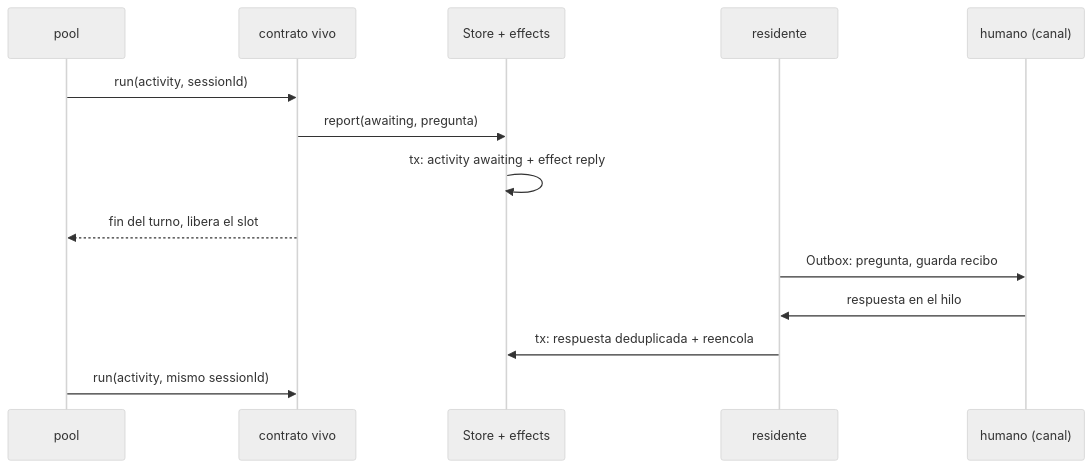
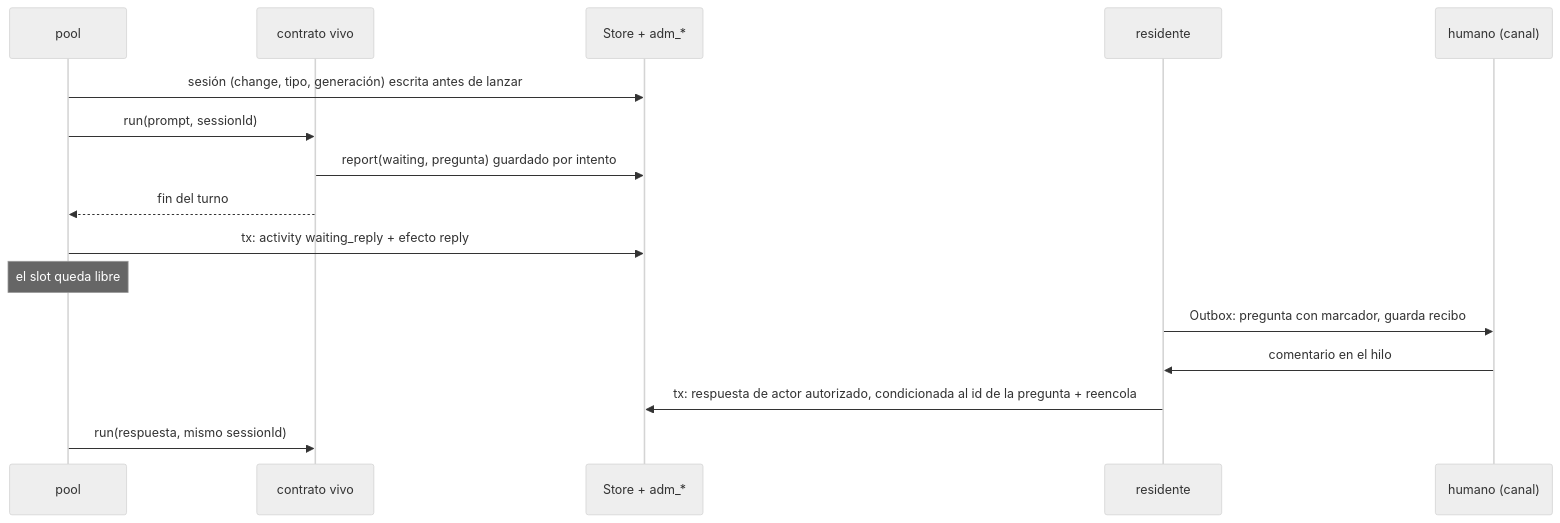
The third of 3 diagrams in techdocs/docs/investigacion/inspiracion/06-integracion-superagent-fab.md (DarkCodePE/sw-factory), drawn with Mermaid (neutral theme) before and after one commit. The commit also changed other lines of this file and 16 other files, not shown here.

````diff
--- a/techdocs/docs/investigacion/inspiracion/06-integracion-superagent-fab.md
+++ b/techdocs/docs/investigacion/inspiracion/06-integracion-superagent-fab.md
@@ -133,16 +154,18 @@
 ```mermaid
 sequenceDiagram
     participant P as pool
     participant B as contrato vivo
-    participant S as Store + effects
+    participant S as Store + adm_*
     participant R as residente
     participant H as humano (canal)
-    P->>B: run(activity, sessionId)
-    B->>S: report(awaiting, pregunta)
-    S->>S: tx: activity awaiting + effect reply
-    B-->>P: fin del turno, libera el slot
-    R->>H: Outbox: pregunta, guarda recibo
-    H->>R: respuesta en el hilo
-    R->>S: tx: respuesta deduplicada + reencola
-    P->>B: run(activity, mismo sessionId)
+    P->>S: sesión (change, tipo, generación) escrita antes de lanzar
+    P->>B: run(prompt, sessionId)
+    B->>S: report(waiting, pregunta) guardado por intento
+    B-->>P: fin del turno
+    P->>S: tx: activity waiting_reply + efecto reply
+    Note over P: el slot queda libre
+    R->>H: Outbox: pregunta con marcador, guarda recibo
+    H->>R: comentario en el hilo
+    R->>S: tx: respuesta de actor autorizado, condicionada al id de la pregunta + reencola
+    P->>B: run(respuesta, mismo sessionId)
 ```
````
